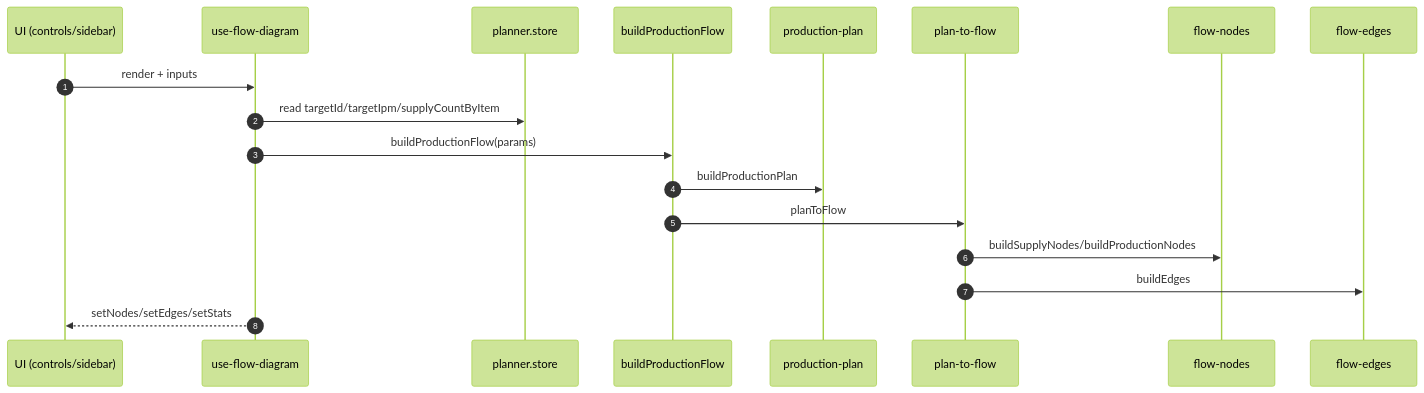
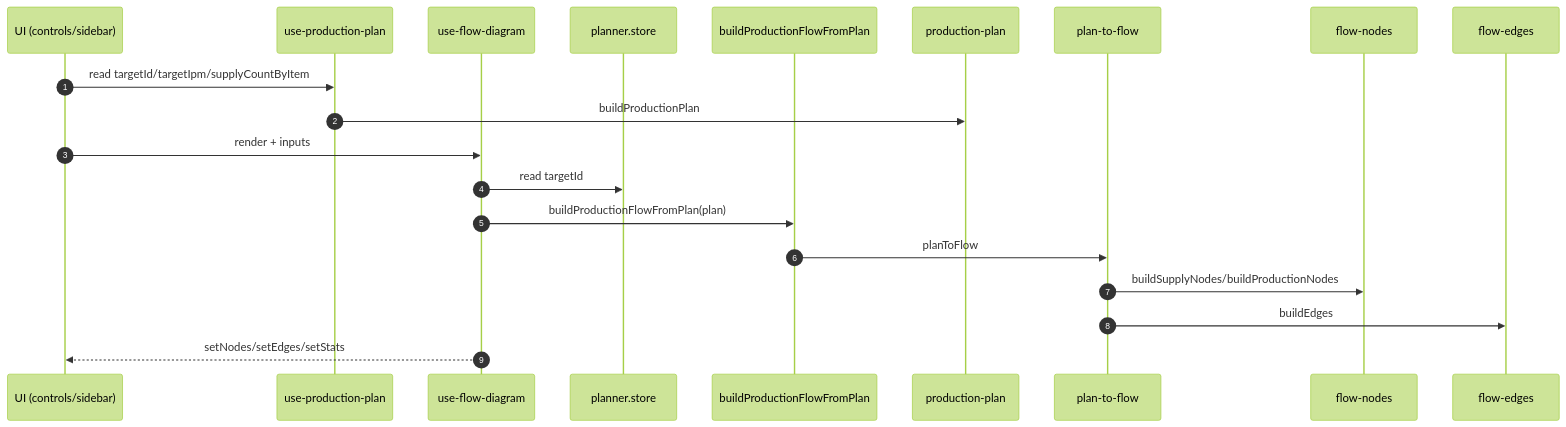
Before and after one commit to javiluli/starrupture-planner: the second of 2 diagrams in src/features/planner/README.md, drawn with Mermaid (forest theme). The commit also changed other lines of this file and 40 other files, not shown here.

Commit message:
Planner diagrams, treelist refactor, and stats flow

````diff
--- a/src/features/planner/README.md
+++ b/src/features/planner/README.md
@@ -104,21 +143,23 @@
 ```mermaid
 sequenceDiagram
   autonumber
   participant UI as UI (controls/sidebar)
+  participant PlanHook as use-production-plan
   participant Hook as use-flow-diagram
   participant Store as planner.store
-  participant Builder as buildProductionFlow
+  participant Builder as buildProductionFlowFromPlan
   participant Plan as production-plan
   participant PlanToFlow as plan-to-flow
   participant CoreNodes as flow-nodes
   participant CoreEdges as flow-edges
 
+  UI->>PlanHook: read targetId/targetIpm/supplyCountByItem
+  PlanHook->>Plan: buildProductionPlan
   UI->>Hook: render + inputs
-  Hook->>Store: read targetId/targetIpm/supplyCountByItem
-  Hook->>Builder: buildProductionFlow(params)
-  Builder->>Plan: buildProductionPlan
+  Hook->>Store: read targetId
+  Hook->>Builder: buildProductionFlowFromPlan(plan)
   Builder->>PlanToFlow: planToFlow
   PlanToFlow->>CoreNodes: buildSupplyNodes/buildProductionNodes
   PlanToFlow->>CoreEdges: buildEdges
   Hook-->>UI: setNodes/setEdges/setStats
 ```
````
